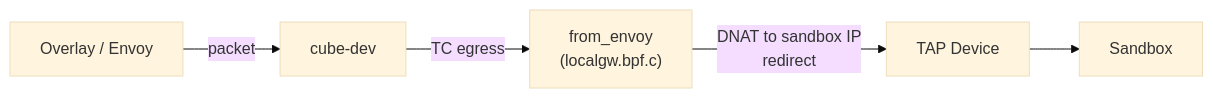
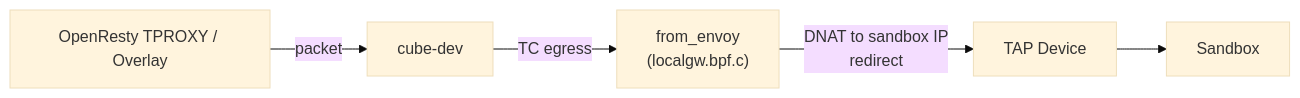
Before and after one commit to TencentCloud/CubeSandbox: the third of 4 diagrams in docs/architecture/network.md, drawn with Mermaid (base theme). The commit also changed other lines of this file and 149 other files, not shown here.

````diff
--- a/docs/architecture/network.md
+++ b/docs/architecture/network.md
@@ -107,7 +108,7 @@
 ```mermaid
 graph LR
-    A["Overlay / Envoy"] -->|packet| B["cube-dev"]
+    A["OpenResty TPROXY / Overlay"] -->|packet| B["cube-dev"]
     B -->|TC egress| C["from_envoy<br/>(localgw.bpf.c)"]
     C -->|DNAT to sandbox IP<br/>redirect| D["TAP Device"]
     D --> E["Sandbox"]
 ```
````
